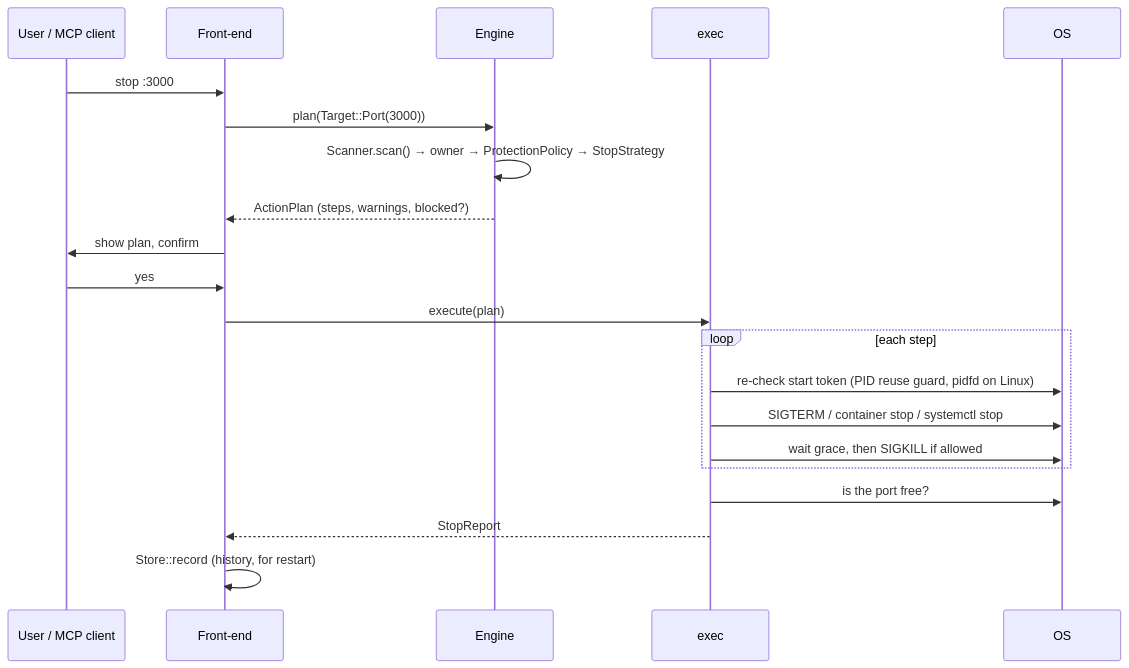
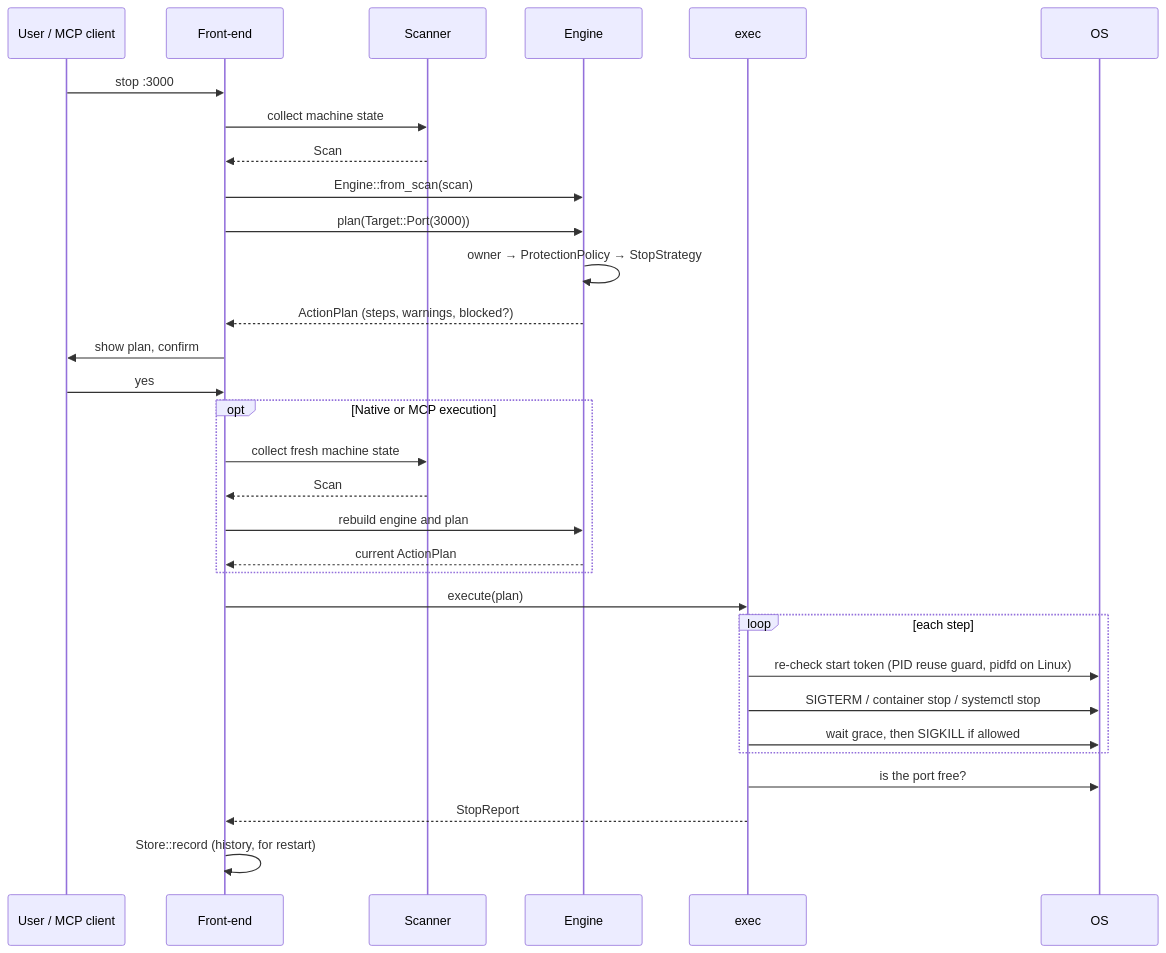
One commit to santoshshinde2012/holdmap changed the third of 6 diagrams in docs/architecture.md. Above: the diagram before and after it, drawn with Mermaid. The commit also changed other lines of this file and 99 other files, not shown here.

````diff
--- a/docs/architecture.md
+++ b/docs/architecture.md
@@ -132,23 +80,33 @@
 ```mermaid
 sequenceDiagram
   participant U as User / MCP client
   participant F as Front-end
+  participant S as Scanner
   participant E as Engine
   participant X as exec
   participant OS
   U->>F: stop :3000
+  F->>S: collect machine state
+  S-->>F: Scan
+  F->>E: Engine::from_scan(scan)
   F->>E: plan(Target::Port(3000))
-  E->>E: Scanner.scan() → owner → ProtectionPolicy → StopStrategy
+  E->>E: owner → ProtectionPolicy → StopStrategy
   E-->>F: ActionPlan (steps, warnings, blocked?)
   F->>U: show plan, confirm
   U->>F: yes
+  opt Native or MCP execution
+    F->>S: collect fresh machine state
+    S-->>F: Scan
+    F->>E: rebuild engine and plan
+    E-->>F: current ActionPlan
+  end
   F->>X: execute(plan)
   loop each step
     X->>OS: re-check start token (PID reuse guard, pidfd on Linux)
     X->>OS: SIGTERM / container stop / systemctl stop
     X->>OS: wait grace, then SIGKILL if allowed
   end
   X->>OS: is the port free?
   X-->>F: StopReport
   F->>F: Store::record (history, for restart)
 ```
````
